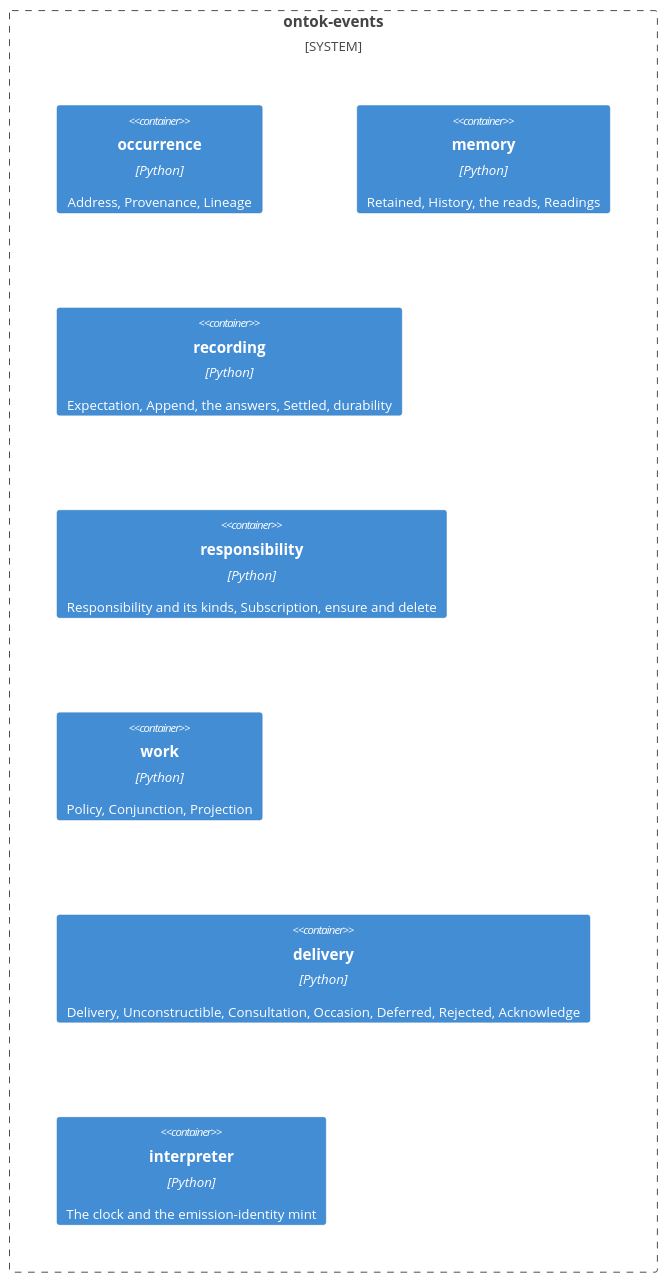
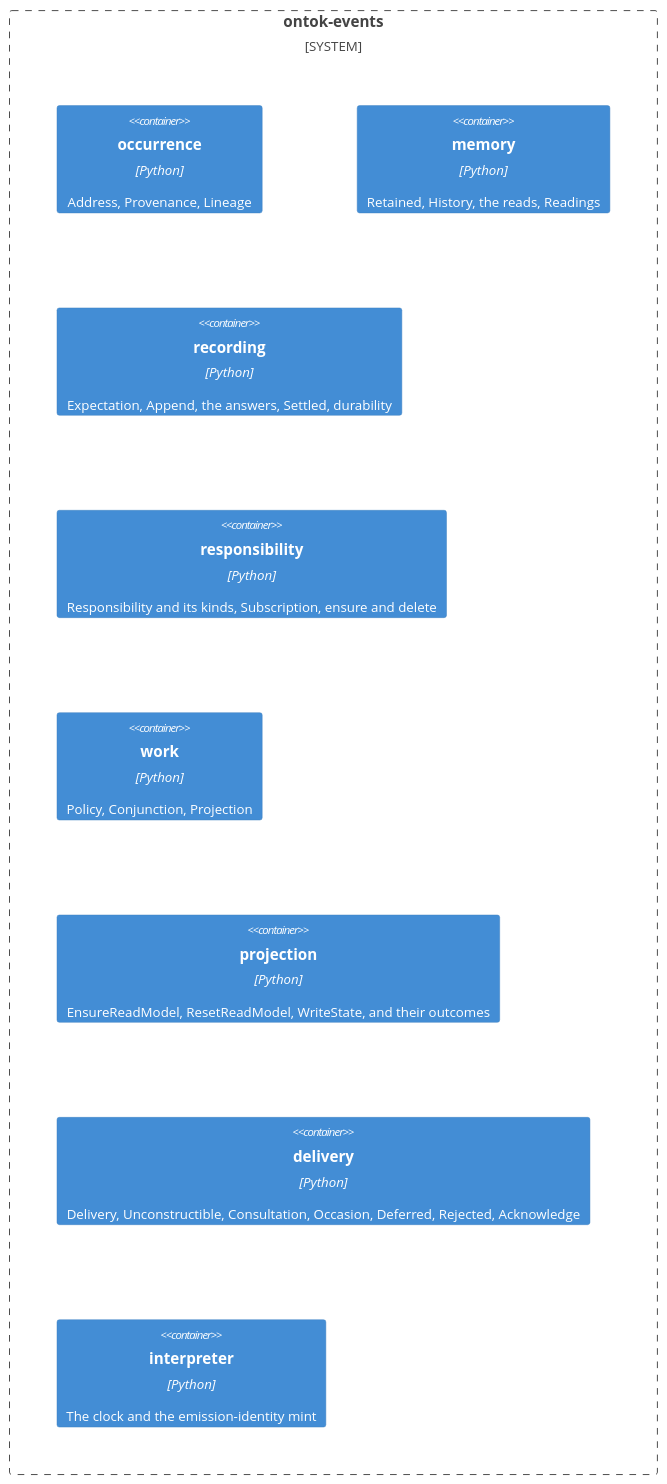
One commit to kylejtobin/ontok changed the second of 3 diagrams in wiki/architecture/ontok-events.md. Above: the diagram before and after it, drawn with Mermaid (neutral theme). The commit also changed other lines of this file and 8 other files, not shown here.

Commit message:
A projection's read model is a key-value bucket of each entity's State: Events declares the effects, NATS realizes them, the identity may administer its read models and never memory; proven against the server

````diff
--- a/wiki/architecture/ontok-events.md
+++ b/wiki/architecture/ontok-events.md
@@ -52,12 +52,13 @@
 ```mermaid
 C4Container
   System_Boundary(events, "ontok-events") {
     Container(occurrence, "occurrence", "Python", "Address, Provenance, Lineage")
     Container(memory, "memory", "Python", "Retained, History, the reads, Readings")
     Container(recording, "recording", "Python", "Expectation, Append, the answers, Settled, durability")
     Container(responsibility, "responsibility", "Python", "Responsibility and its kinds, Subscription, ensure and delete")
     Container(work, "work", "Python", "Policy, Conjunction, Projection")
+    Container(projection, "projection", "Python", "EnsureReadModel, ResetReadModel, WriteState, and their outcomes")
     Container(delivery, "delivery", "Python", "Delivery, Unconstructible, Consultation, Occasion, Deferred, Rejected, Acknowledge")
     Container(interpreter, "interpreter", "Python", "The clock and the emission-identity mint")
   }
 ```
````
